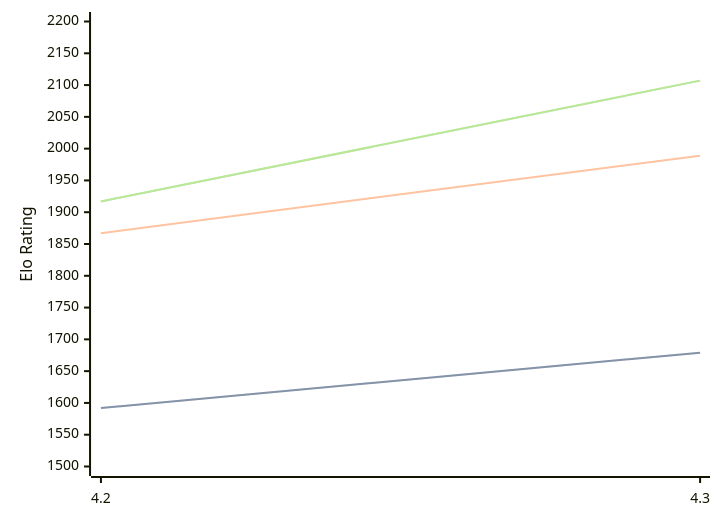
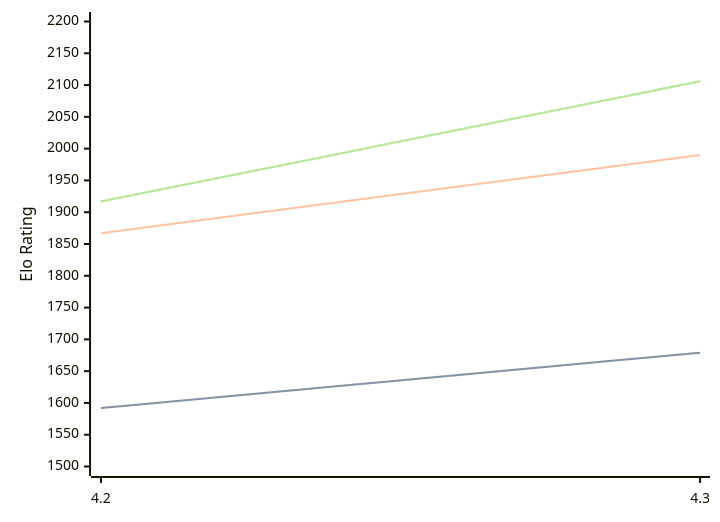
One commit to computer-chess-index/cci changed the diagram in engines/Radiance.md. Above: the diagram before and after it, drawn with Mermaid. The commit also changed other lines of this file, not shown here.

Commit message:
Update CCI Ratings (ELO VLTC) - 2026-04-10

````diff
--- a/engines/Radiance.md
+++ b/engines/Radiance.md
@@ -35,11 +35,11 @@
 ```mermaid
 %%{init: {"theme":"base","themeVariables":{"seriesColors:['#a3a3a3','#222221','#faa371']}}}%%
 xychart-beta
   x-axis ["4.2", "4.3"]
   y-axis "Elo Rating" 1500 --> 2200
   line "STC (8.0+0.08s)" [1592, 1679]
   line "STC (8.0+0.08s)" [1592, 1679]
-  line "LTC (60.0+0.60s)" [1867, 1989]
-  line "VLTC (2m24s+1.12s)" [1917, 2107]
-  line "VLTC (2m24s+1.12s)" [1917, 2107]
+  line "LTC (60.0+0.60s)" [1867, 1990]
+  line "VLTC (2m24s+1.12s)" [1917, 2106]
+  line "VLTC (2m24s+1.12s)" [1917, 2106]
 ```
````
